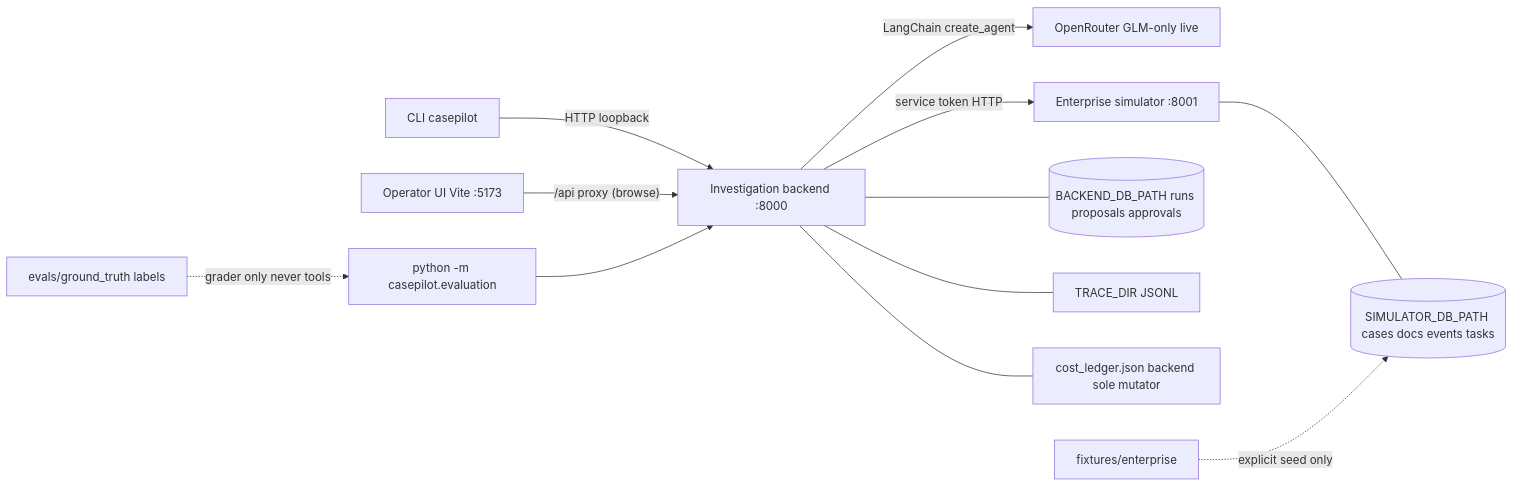
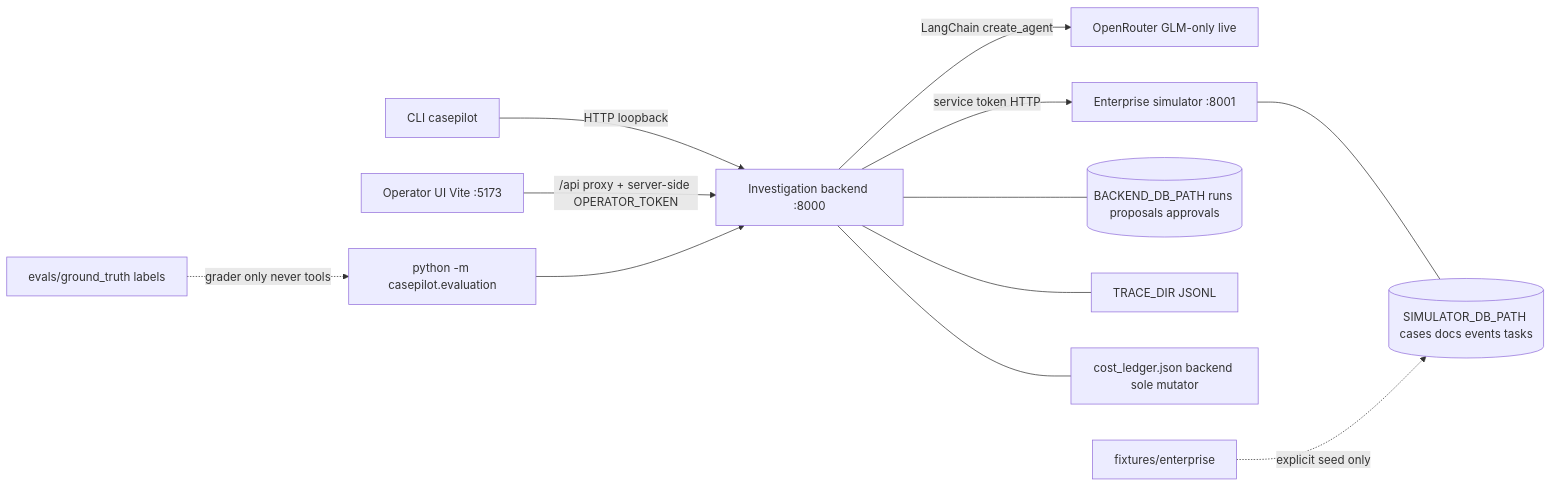
Before and after one commit to joshua-decristi/case-pilot: the diagram in docs/architecture.md, drawn with Mermaid. The commit also changed other lines of this file and 7 other files, not shown here.

````diff
--- a/docs/architecture.md
+++ b/docs/architecture.md
@@ -7,14 +7,14 @@
 ```mermaid
 flowchart LR
   CLI["CLI casepilot"] -->|HTTP loopback| BE["Investigation backend :8000"]
-  UI["Operator UI Vite :5173"] -->|"/api proxy (browse)"| BE
+  UI["Operator UI Vite :5173"] -->|"/api proxy + server-side OPERATOR_TOKEN"| BE
   BE -->|LangChain create_agent| OR["OpenRouter GLM-only live"]
   BE -->|service token HTTP| SIM["Enterprise simulator :8001"]
   BE --- BDB[("BACKEND_DB_PATH runs proposals approvals")]
   BE --- TR["TRACE_DIR JSONL"]
   BE --- LED["cost_ledger.json backend sole mutator"]
   SIM --- SDB[("SIMULATOR_DB_PATH cases docs events tasks")]
   FIX["fixtures/enterprise"] -.->|explicit seed only| SDB
   LAB["evals/ground_truth labels"] -.->|grader only never tools| EV["python -m casepilot.evaluation"]
   EV --> BE
 ```
````
